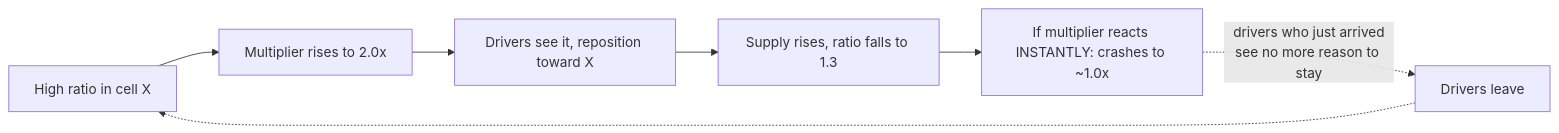
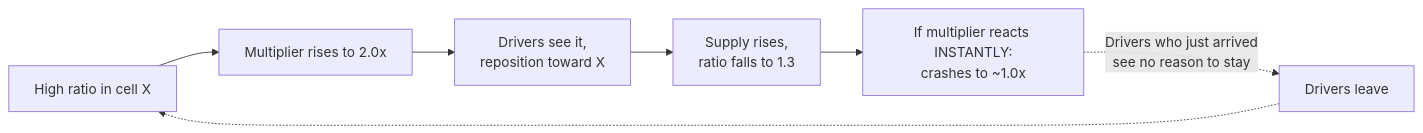
The seventh of 13 diagrams in system-design/HLD/0-course/53-Design-Uber-Surge-Pricing-Engine-FAANG-Guide-story.md (riyaz-pasha/Learnings), drawn with Mermaid before and after one commit. The commit also changed other lines of this file and 1 other file, not shown here.

Commit message:
[REWRITE] Uber Surge Pricing Engine story guide: simplify prose, add structure, fix diagrams

````diff
--- a/system-design/HLD/0-course/53-Design-Uber-Surge-Pricing-Engine-FAANG-Guide-story.md
+++ b/system-design/HLD/0-course/53-Design-Uber-Surge-Pricing-Engine-FAANG-Guide-story.md
@@ -151,9 +331,9 @@
 ```mermaid
 flowchart LR
     A["High ratio in cell X"] --> B["Multiplier rises to 2.0x"]
-    B --> C["Drivers see it, reposition toward X"]
-    C --> D["Supply rises, ratio falls to 1.3"]
-    D --> E["If multiplier reacts INSTANTLY: crashes to ~1.0x"]
-    E -.->|"drivers who just arrived\nsee no more reason to stay"| F["Drivers leave"]
+    B --> C["Drivers see it,<br/>reposition toward X"]
+    C --> D["Supply rises,<br/>ratio falls to 1.3"]
+    D --> E["If multiplier reacts INSTANTLY:<br/>crashes to ~1.0x"]
+    E -.->|"Drivers who just arrived<br/>see no reason to stay"| F["Drivers leave"]
     F -.-> A
 ```
````
